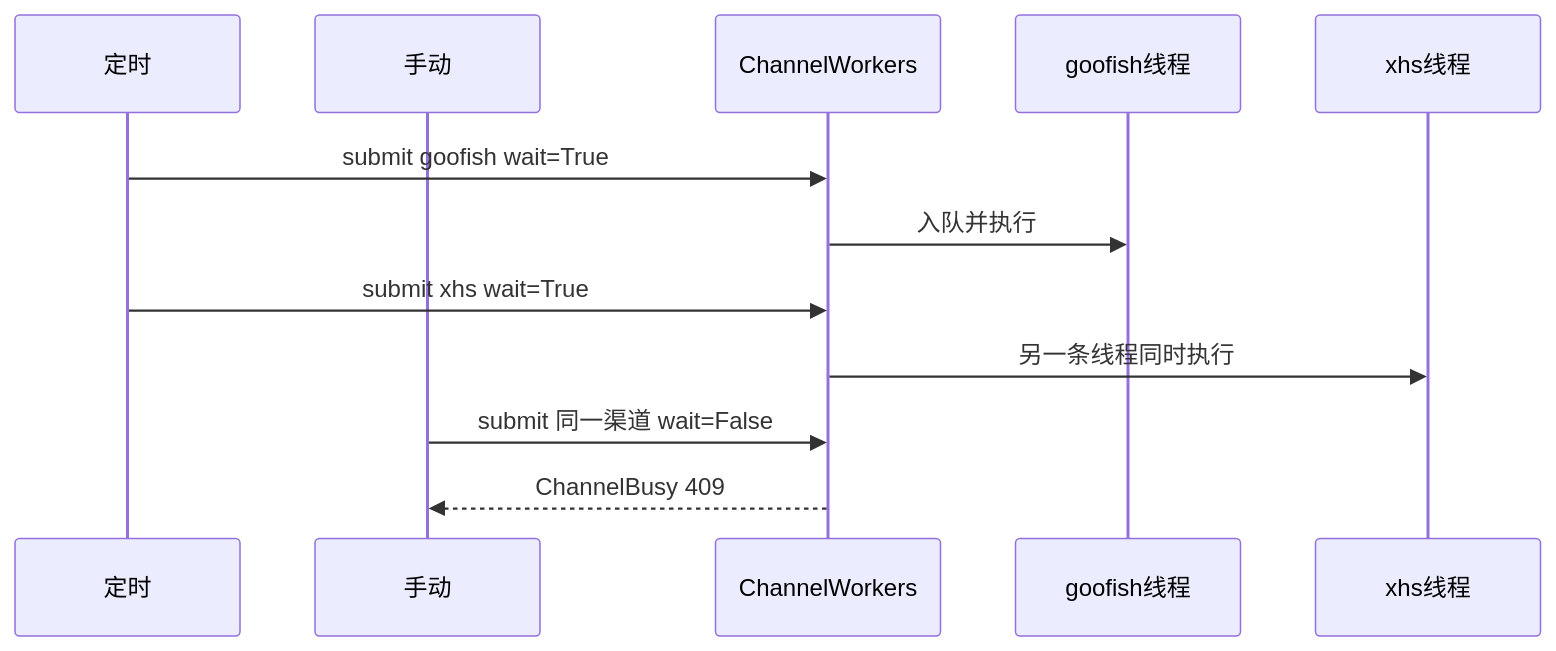
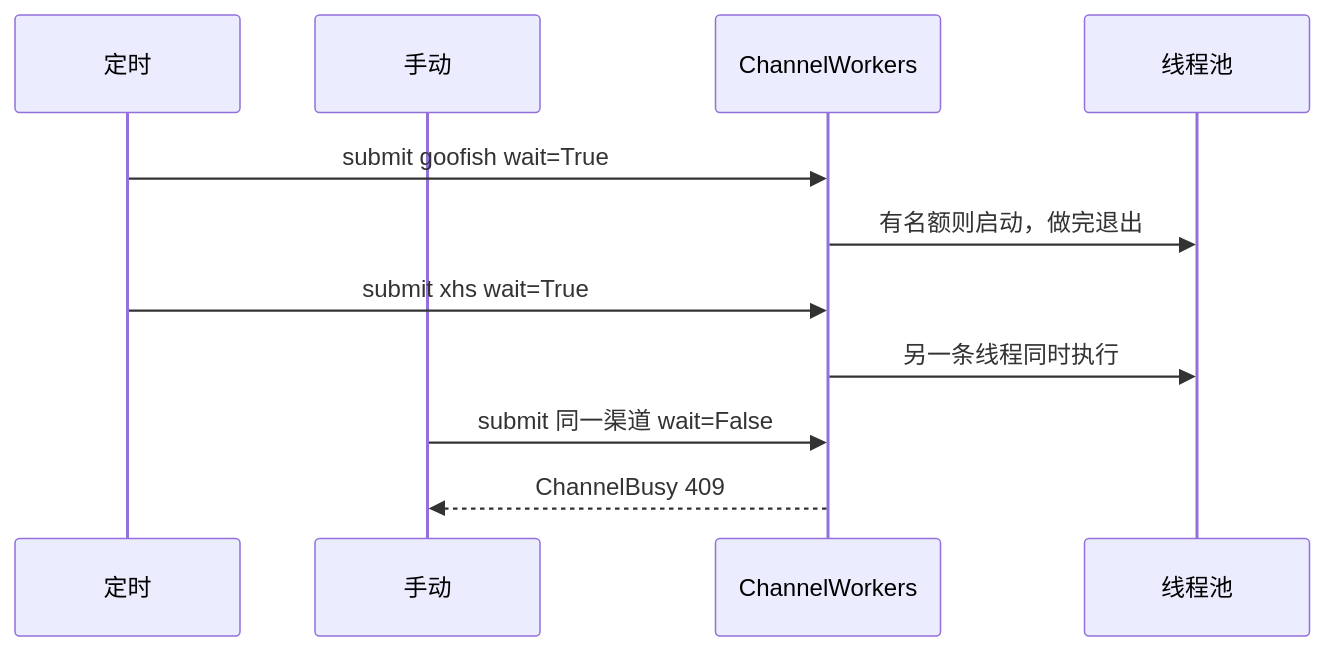
One commit to yaoyunchou/ai-goofish-monitor changed the second of 2 diagrams in docs/design/channel-execution.md. Above: the diagram before and after it, drawn with Mermaid. The commit also changed other lines of this file and 40 other files, not shown here.

````diff
--- a/docs/design/channel-execution.md
+++ b/docs/design/channel-execution.md
@@ -45,14 +47,13 @@
 ```mermaid
 sequenceDiagram
     participant Cron as 定时
     participant Manual as 手动
     participant Workers as ChannelWorkers
-    participant Goofish as goofish线程
-    participant Xhs as xhs线程
+    participant Pool as 线程池
     Cron->>Workers: submit goofish wait=True
-    Workers->>Goofish: 入队并执行
+    Workers->>Pool: 有名额则启动，做完退出
     Cron->>Workers: submit xhs wait=True
-    Workers->>Xhs: 另一条线程同时执行
+    Workers->>Pool: 另一条线程同时执行
     Manual->>Workers: submit 同一渠道 wait=False
     Workers-->>Manual: ChannelBusy 409
 ```
````
